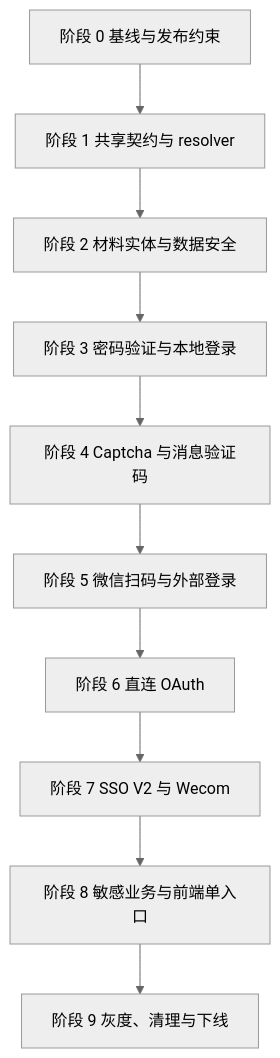
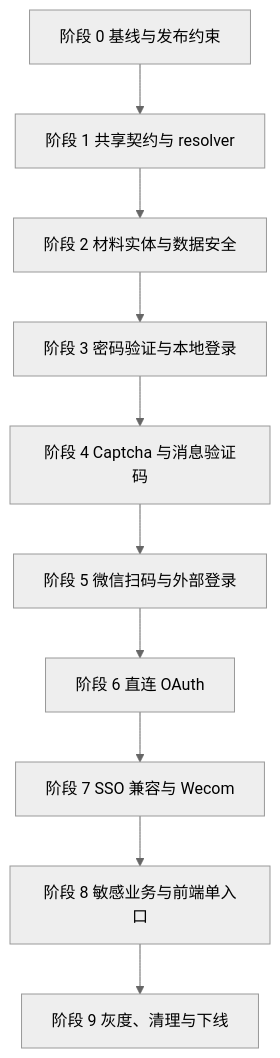
One commit to labring/FastGPT changed diagram 11 of 11 in .agents/design/account-verification/account- verification.md. Above: the diagram before and after it, drawn with Mermaid (neutral theme). The commit also changed other lines of this file and 10 other files, not shown here.

````diff
--- a/.agents/design/account-verification/account- verification.md
+++ b/.agents/design/account-verification/account- verification.md
@@ -1402,12 +1422,12 @@
 ```mermaid
 flowchart TD
   P0["阶段 0 基线与发布约束"] --> P1["阶段 1 共享契约与 resolver"]
   P1 --> P2["阶段 2 材料实体与数据安全"]
   P2 --> P3["阶段 3 密码验证与本地登录"]
   P3 --> P4["阶段 4 Captcha 与消息验证码"]
   P4 --> P5["阶段 5 微信扫码与外部登录"]
   P5 --> P6["阶段 6 直连 OAuth"]
-  P6 --> P7["阶段 7 SSO V2 与 Wecom"]
+  P6 --> P7["阶段 7 SSO 兼容与 Wecom"]
   P7 --> P8["阶段 8 敏感业务与前端单入口"]
   P8 --> P9["阶段 9 灰度、清理与下线"]
 ```
````
